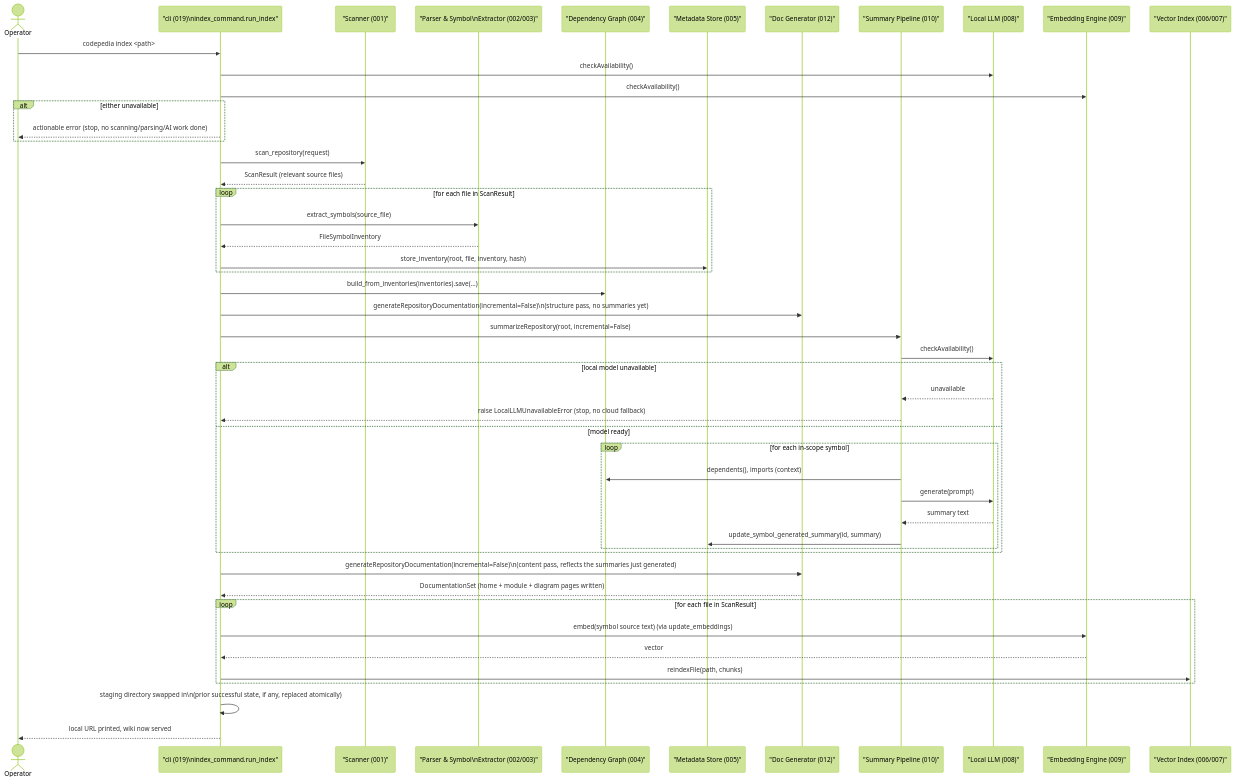
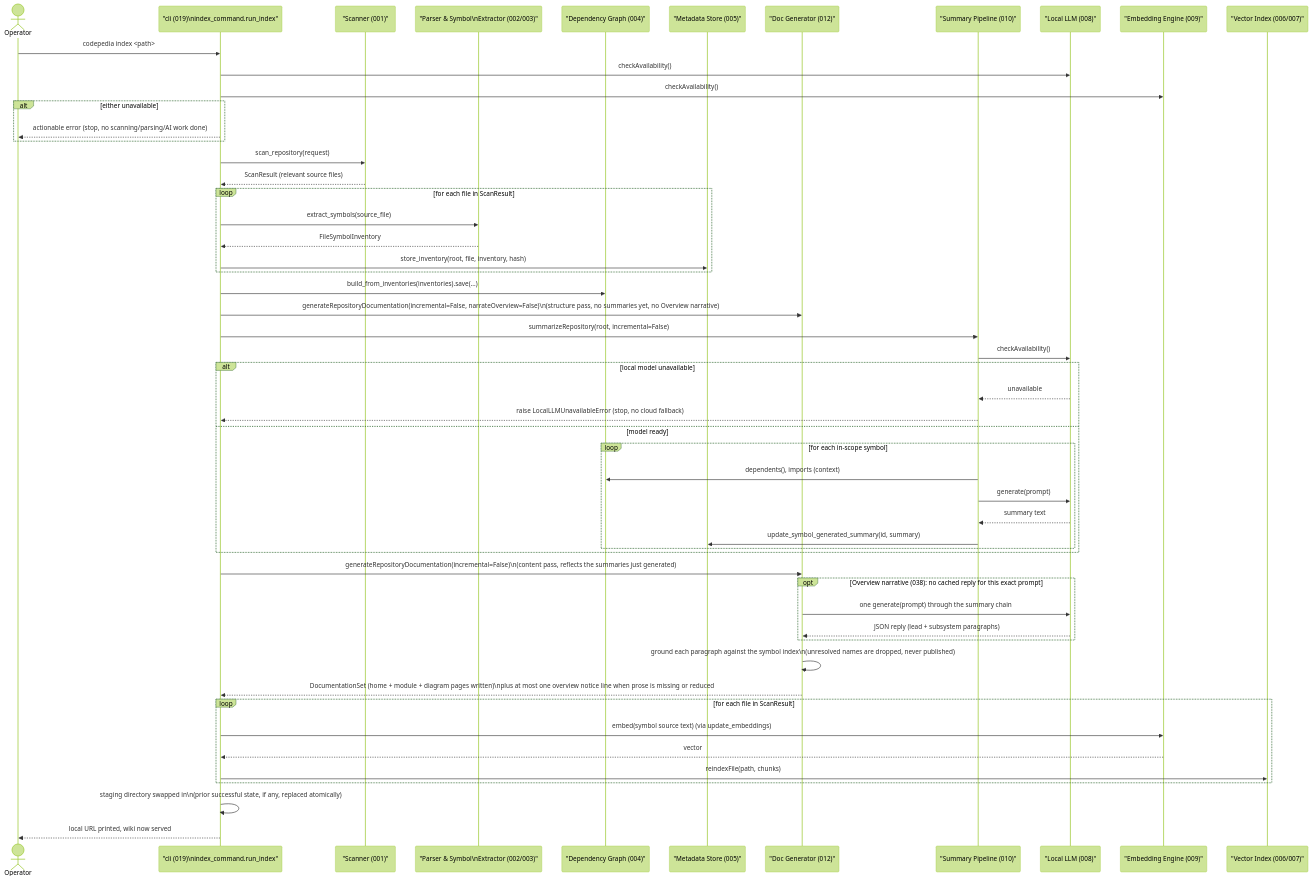
The diagram in docs/diagrams/sequence-diagrams/01-full-indexing.md (yassinelalaoui/codepedia), drawn with Mermaid (forest theme) before and after one commit. The commit also changed other lines of this file and 28 other files, not shown here.

First line of the commit message:
Implement narrative overview enhancements and module list improvements

````diff
--- a/docs/diagrams/sequence-diagrams/01-full-indexing.md
+++ b/docs/diagrams/sequence-diagrams/01-full-indexing.md
@@ -11,59 +11,64 @@
 ```mermaid
 sequenceDiagram
     actor Operator
     participant cli as "cli (019)\nindex_command.run_index"
     participant scan_repository as "Scanner (001)"
     participant extract_symbols as "Parser & Symbol\nExtractor (002/003)"
     participant DependencyGraph as "Dependency Graph (004)"
     participant RepositoryMetadataStore as "Metadata Store (005)"
     participant DocGenerator as "Doc Generator (012)"
     participant CodeSummaryPipeline as "Summary Pipeline (010)"
     participant LocalLLMEngine as "Local LLM (008)"
     participant EmbeddingEngine as "Embedding Engine (009)"
     participant VectorIndex as "Vector Index (006/007)"
 
     Operator->>cli: codepedia index <path>
     cli->>LocalLLMEngine: checkAvailability()
     cli->>EmbeddingEngine: checkAvailability()
     alt either unavailable
         cli-->>Operator: actionable error (stop, no scanning/parsing/AI work done)
     end
 
     cli->>scan_repository: scan_repository(request)
     scan_repository-->>cli: ScanResult (relevant source files)
 
     loop for each file in ScanResult
         cli->>extract_symbols: extract_symbols(source_file)
         extract_symbols-->>cli: FileSymbolInventory
         cli->>RepositoryMetadataStore: store_inventory(root, file, inventory, hash)
     end
     cli->>DependencyGraph: build_from_inventories(inventories).save(...)
 
-    cli->>DocGenerator: generateRepositoryDocumentation(incremental=False)\n(structure pass, no summaries yet)
+    cli->>DocGenerator: generateRepositoryDocumentation(incremental=False, narrateOverview=False)\n(structure pass, no summaries yet, no Overview narrative)
 
     cli->>CodeSummaryPipeline: summarizeRepository(root, incremental=False)
     CodeSummaryPipeline->>LocalLLMEngine: checkAvailability()
     alt local model unavailable
         LocalLLMEngine-->>CodeSummaryPipeline: unavailable
         CodeSummaryPipeline-->>cli: raise LocalLLMUnavailableError (stop, no cloud fallback)
     else model ready
         loop for each in-scope symbol
             CodeSummaryPipeline->>DependencyGraph: dependents(), imports (context)
             CodeSummaryPipeline->>LocalLLMEngine: generate(prompt)
             LocalLLMEngine-->>CodeSummaryPipeline: summary text
             CodeSummaryPipeline->>RepositoryMetadataStore: update_symbol_generated_summary(id, summary)
         end
     end
 
     cli->>DocGenerator: generateRepositoryDocumentation(incremental=False)\n(content pass, reflects the summaries just generated)
-    DocGenerator-->>cli: DocumentationSet (home + module + diagram pages written)
+    opt Overview narrative (038): no cached reply for this exact prompt
+        DocGenerator->>LocalLLMEngine: one generate(prompt) through the summary chain
+        LocalLLMEngine-->>DocGenerator: JSON reply (lead + subsystem paragraphs)
+    end
+    DocGenerator->>DocGenerator: ground each paragraph against the symbol index\n(unresolved names are dropped, never published)
+    DocGenerator-->>cli: DocumentationSet (home + module + diagram pages written)\nplus at most one overview notice line when prose is missing or reduced
 
     loop for each file in ScanResult
         cli->>EmbeddingEngine: embed(symbol source text) (via update_embeddings)
         EmbeddingEngine-->>cli: vector
         cli->>VectorIndex: reindexFile(path, chunks)
     end
 
     cli->>cli: staging directory swapped in\n(prior successful state, if any, replaced atomically)
     cli-->>Operator: local URL printed, wiki now served
 ```
````
